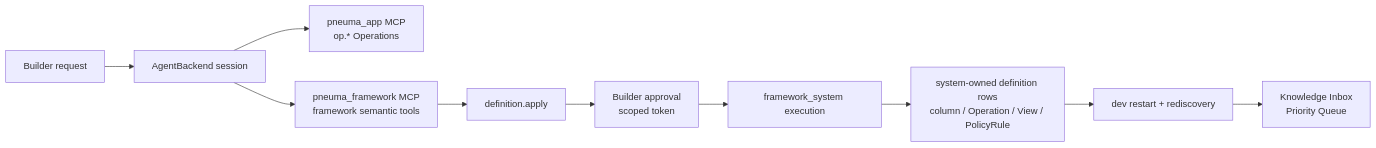
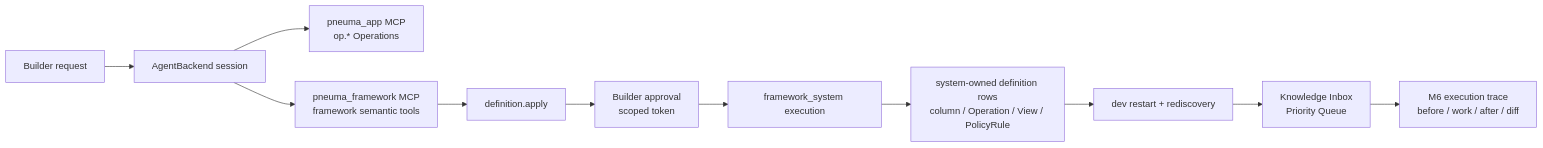
The first of 3 diagrams in docs/architecture/milestone-6-snapshot.md (pandazki/pneuma-framework), drawn with Mermaid before and after one commit. The commit also changed other lines of this file and 7 other files, not shown here.

````diff
--- a/docs/architecture/milestone-6-snapshot.md
+++ b/docs/architecture/milestone-6-snapshot.md
@@ -38,12 +41,13 @@
 ```mermaid
 flowchart LR
   Builder["Builder request"] --> Backend["AgentBackend session"]
   Backend --> AppTools["pneuma_app MCP\nop.* Operations"]
   Backend --> FrameworkTools["pneuma_framework MCP\nframework semantic tools"]
   FrameworkTools --> Apply["definition.apply"]
   Apply --> Approval["Builder approval\nscoped token"]
   Approval --> System["framework_system execution"]
   System --> DefinitionRows["system-owned definition rows\ncolumn / Operation / View / PolicyRule"]
   DefinitionRows --> Restart["dev restart + rediscovery"]
   Restart --> App["Knowledge Inbox\nPriority Queue"]
+  App --> Trace["M6 execution trace\nbefore / work / after / diff"]
 ```
````
